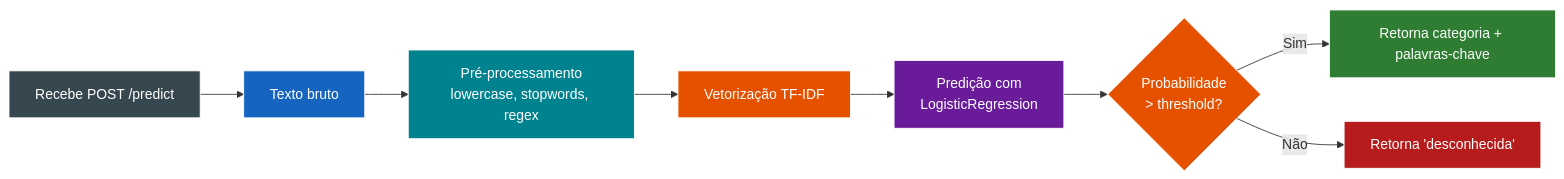
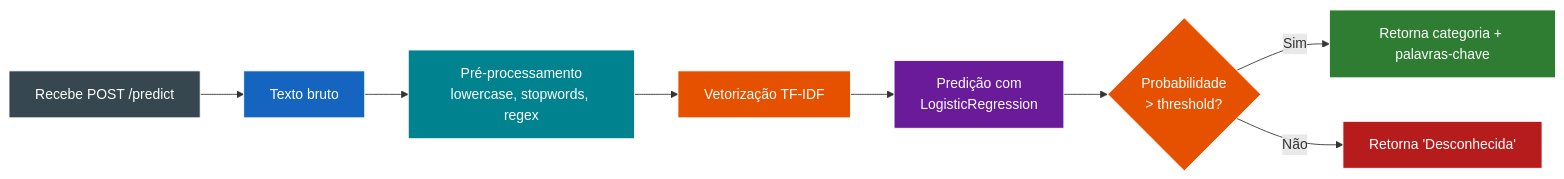
One commit to DessimA/tech-mind changed the third of 3 diagrams in docs/04-historias-de-usuario.md. Above: the diagram before and after it, drawn with Mermaid. The commit also changed other lines of this file, not shown here.

Commit message:
docs(requirements): remove possessive language from user stories, standardize Desconhecida

````diff
--- a/docs/04-historias-de-usuario.md
+++ b/docs/04-historias-de-usuario.md
@@ -146,19 +146,19 @@
 ```mermaid
 flowchart LR
     A[Recebe POST /predict] --> B[Texto bruto]
     B --> C[Pré-processamento<br/>lowercase, stopwords, regex]
     C --> D[Vetorização TF-IDF]
     D --> E[Predição com<br/>LogisticRegression]
     E --> F{Probabilidade<br/>> threshold?}
     F -->|Sim| G[Retorna categoria + palavras-chave]
-    F -->|Não| H[Retorna 'desconhecida']
+    F -->|Não| H[Retorna 'Desconhecida']
 
     style A fill:#37474F,color:#fff,stroke:#fff
     style B fill:#1565C0,color:#fff,stroke:#fff
     style C fill:#00838F,color:#fff,stroke:#fff
     style D fill:#E65100,color:#fff,stroke:#fff
     style E fill:#6A1B9A,color:#fff,stroke:#fff
     style F fill:#E65100,color:#fff,stroke:#fff
     style G fill:#2E7D32,color:#fff,stroke:#fff
     style H fill:#B71C1C,color:#fff,stroke:#fff
 ```
````
